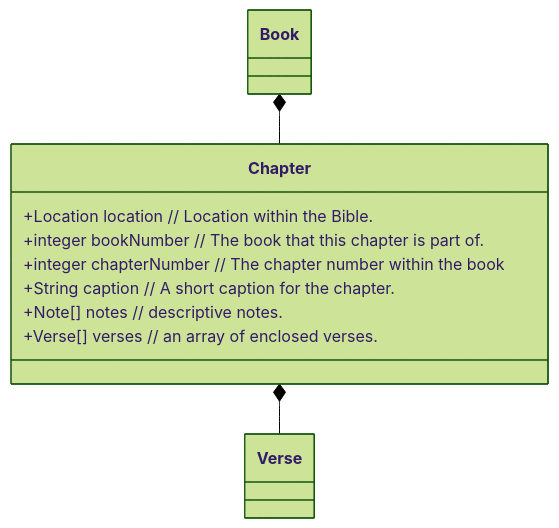
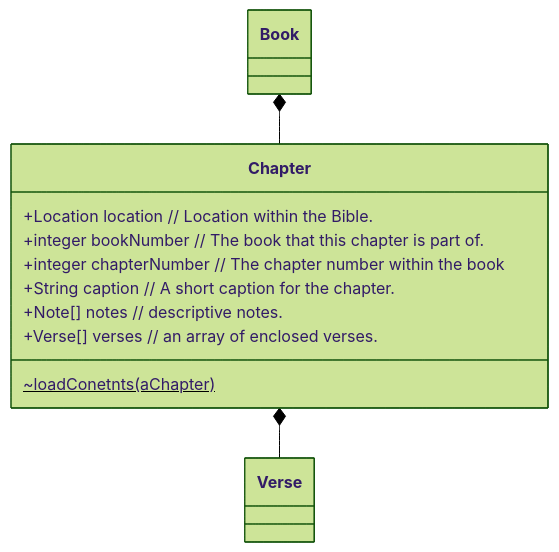
Before and after one commit to MichaelKentBurns/BibleModel: the diagram in ObjectModel/Chapter.md, drawn with Mermaid (forest theme). The commit also changed 14 other files, not shown here.

````diff
--- a/ObjectModel/Chapter.md
+++ b/ObjectModel/Chapter.md
@@ -20,14 +20,15 @@
  ```mermaid
  classDiagram
  
     class Chapter {     
          +Location location    // Location within the Bible.
          +integer bookNumber  // The book that this chapter is part of.
          +integer chapterNumber // The chapter number within the book
          +String caption   // A short caption for the chapter.
          +Note[] notes    // descriptive notes.
          +Verse[] verses   // an array of enclosed verses.
+     ~loadConetnts(aChapter)$   
  }
  Book *-- Chapter
  Chapter *-- Verse
  ```
````
